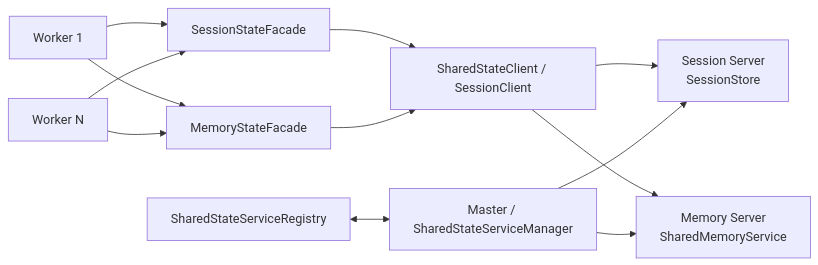
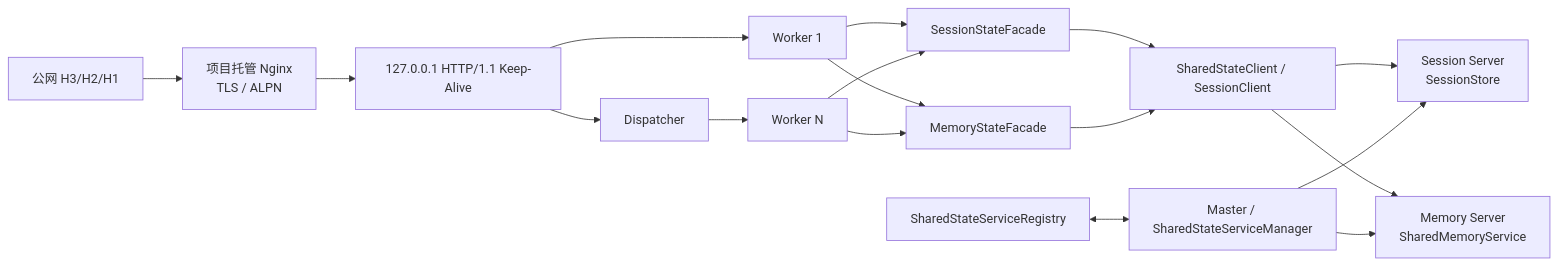
Before and after one commit to Aiweline/WelineFramework: the first of 3 diagrams in app/code/Weline/Server/doc/WLS_Session共享服务架构.md, drawn with Mermaid. The commit also changed other lines of this file and 243 other files, not shown here.

````diff
--- a/app/code/Weline/Server/doc/WLS_Session共享服务架构.md
+++ b/app/code/Weline/Server/doc/WLS_Session共享服务架构.md
@@ -11,14 +13,19 @@
 ```mermaid
 flowchart LR
+  PUBLIC["公网 H3/H2/H1"] --> NGINX["项目托管 Nginx\nTLS / ALPN"]
+  NGINX --> LOOPBACK["127.0.0.1 HTTP/1.1 Keep-Alive"]
+  LOOPBACK --> DISPATCHER["Dispatcher"]
+  LOOPBACK --> W1
+  DISPATCHER --> W2
   W1["Worker 1"] --> SF["SessionStateFacade"]
   W2["Worker N"] --> SF
   W1 --> MF["MemoryStateFacade"]
   W2 --> MF
   SF --> SC["SharedStateClient / SessionClient"]
   MF --> SC
   SC --> SS["Session Server\nSessionStore"]
   SC --> MS["Memory Server\nSharedMemoryService"]
   MASTER["Master / SharedStateServiceManager"] --> SS
   MASTER --> MS
   REG["SharedStateServiceRegistry"] <--> MASTER
 ```
````
